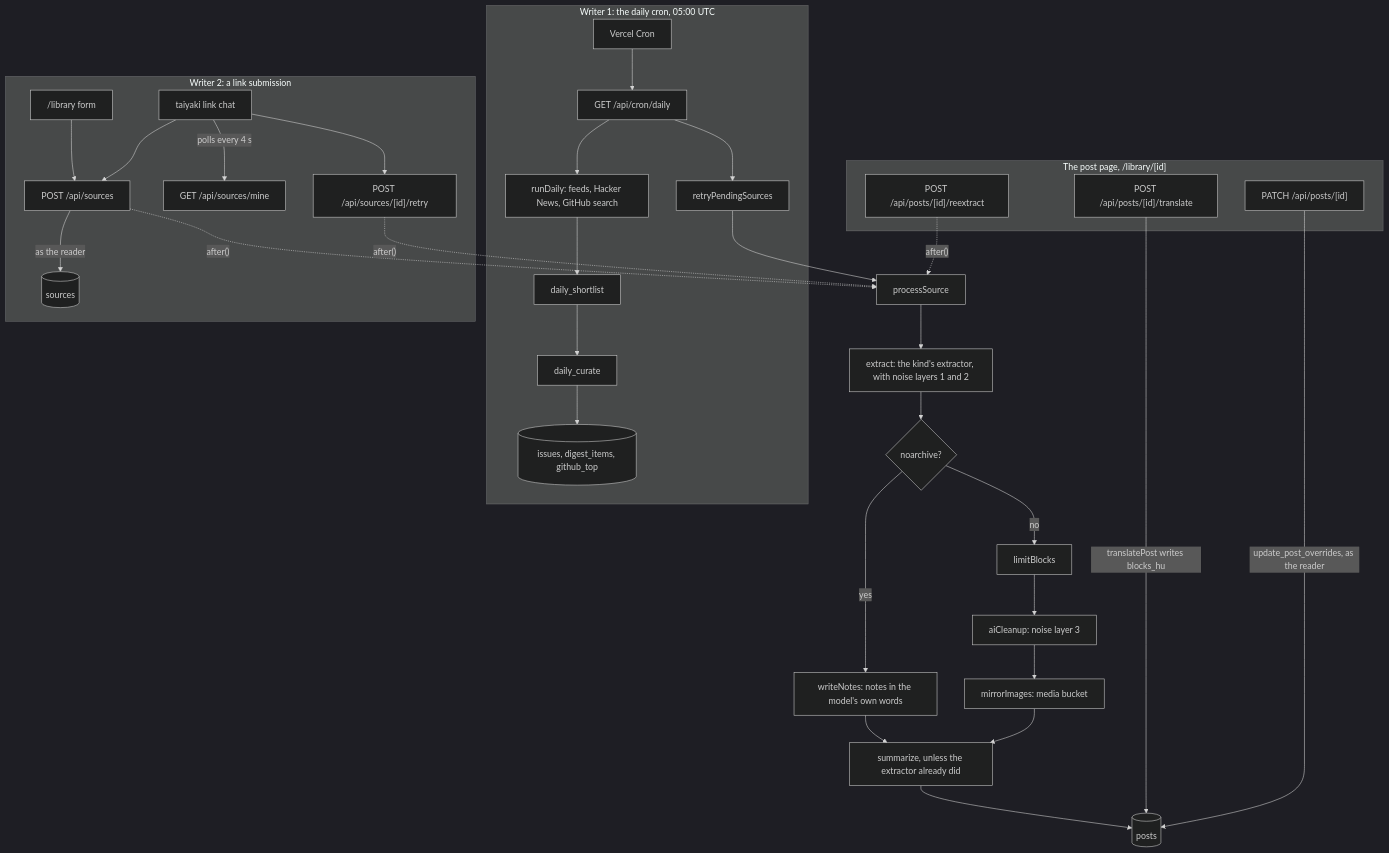
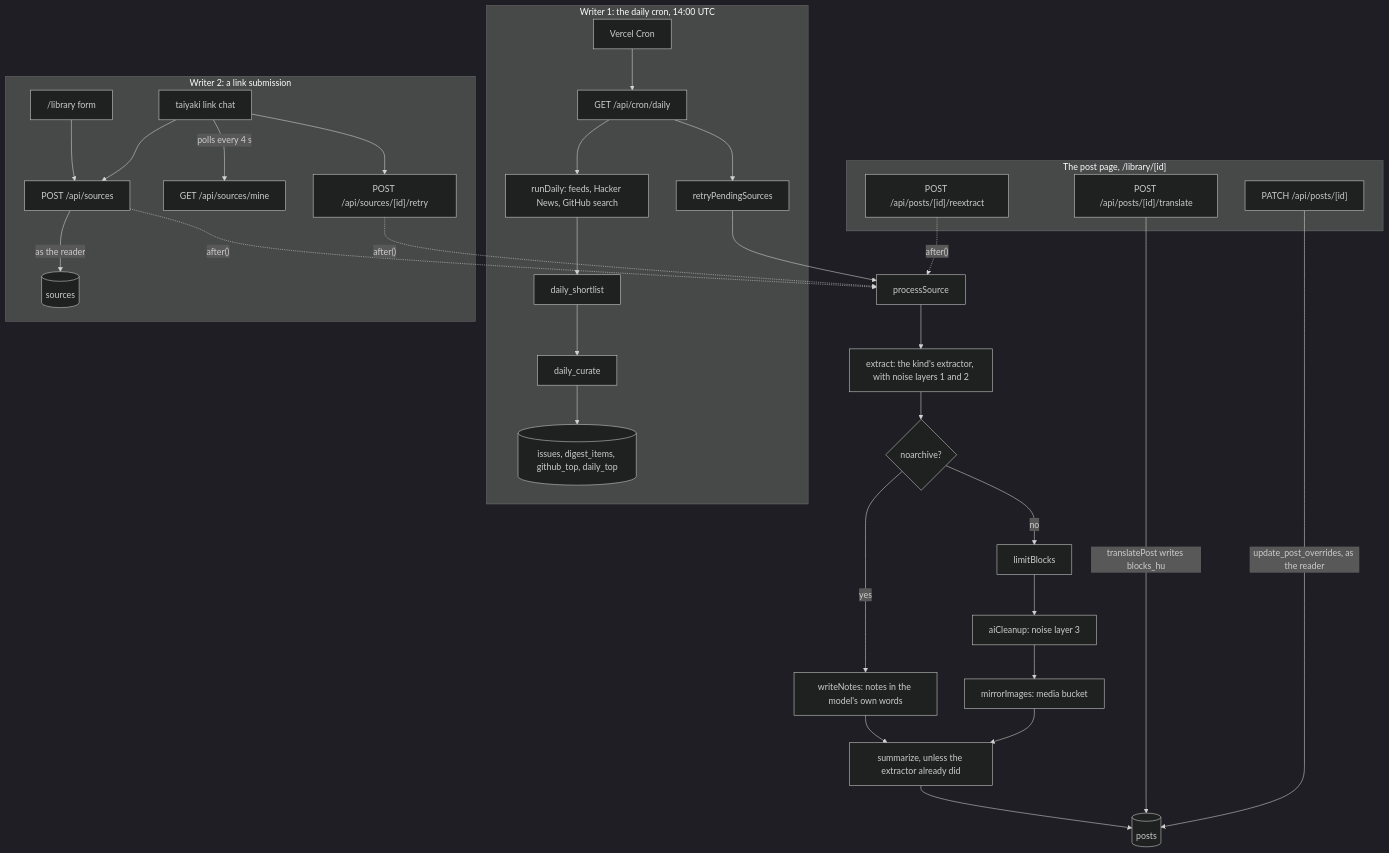
The diagram in README.md (Danzsu/Danzsu-Research-Hub), drawn with Mermaid (dark theme) before and after one commit. The commit also changed other lines of this file and 5 other files, not shown here.

````diff
--- a/README.md
+++ b/README.md
@@ -23,35 +23,35 @@
 ```mermaid
 flowchart TD
-  subgraph daily["Writer 1: the daily cron, 05:00 UTC"]
+  subgraph daily["Writer 1: the daily cron, 14:00 UTC"]
     cron["Vercel Cron"] --> cronRoute["GET /api/cron/daily"]
     cronRoute --> runDaily["runDaily: feeds, Hacker News, GitHub search"]
     runDaily --> shortlist["daily_shortlist"] --> curate["daily_curate"]
-    curate --> radar[("issues, digest_items, github_top")]
+    curate --> radar[("issues, digest_items, github_top, daily_top")]
     cronRoute --> retry["retryPendingSources"]
   end
   subgraph submit["Writer 2: a link submission"]
     form["/library form"] --> sourcesRoute["POST /api/sources"]
     chat["taiyaki link chat"] --> sourcesRoute
     chat -->|"polls every 4 s"| mineRoute["GET /api/sources/mine"]
     chat --> retryRoute["POST /api/sources/[id]/retry"]
     sourcesRoute -->|"as the reader"| sources[("sources")]
   end
   subgraph postPage["The post page, /library/[id]"]
     reextractRoute["POST /api/posts/[id]/reextract"]
     translateRoute["POST /api/posts/[id]/translate"]
     editRoute["PATCH /api/posts/[id]"]
   end
   sourcesRoute -.->|"after()"| ingest["processSource"]
   retryRoute -.->|"after()"| ingest
   reextractRoute -.->|"after()"| ingest
   retry --> ingest
   ingest --> extract["extract: the kind's extractor, with noise layers 1 and 2"]
   extract --> noarchive{"noarchive?"}
   noarchive -->|yes| notes["writeNotes: notes in the model's own words"]
   noarchive -->|no| limit["limitBlocks"] --> cleanup["aiCleanup: noise layer 3"] --> images["mirrorImages: media bucket"]
   notes --> summarize["summarize, unless the extractor already did"]
   images --> summarize
   summarize --> posts[("posts")]
   translateRoute -->|"translatePost writes blocks_hu"| posts
   editRoute -->|"update_post_overrides, as the reader"| posts
 ```
````
